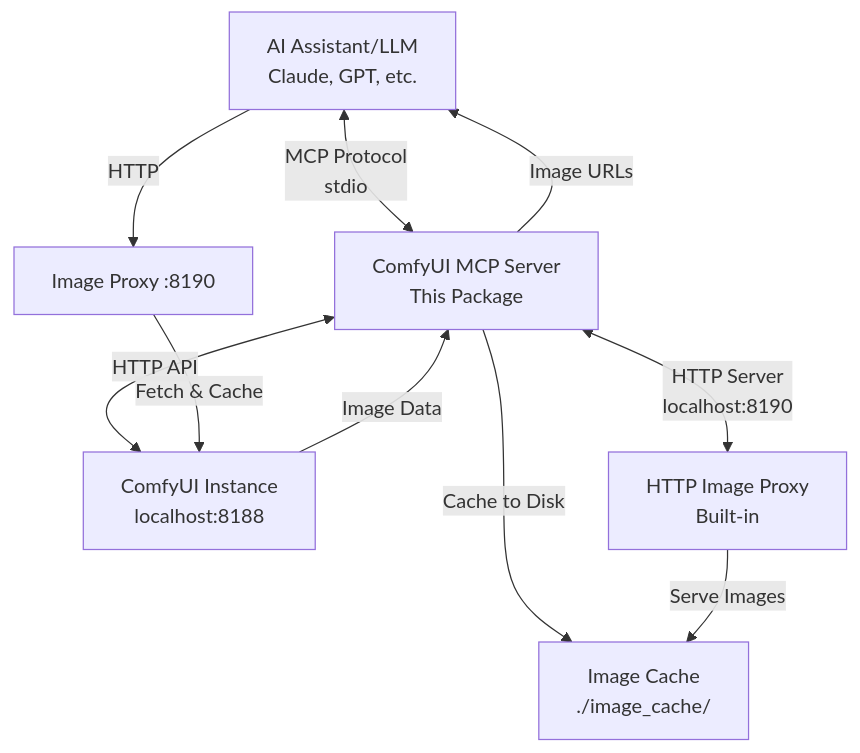
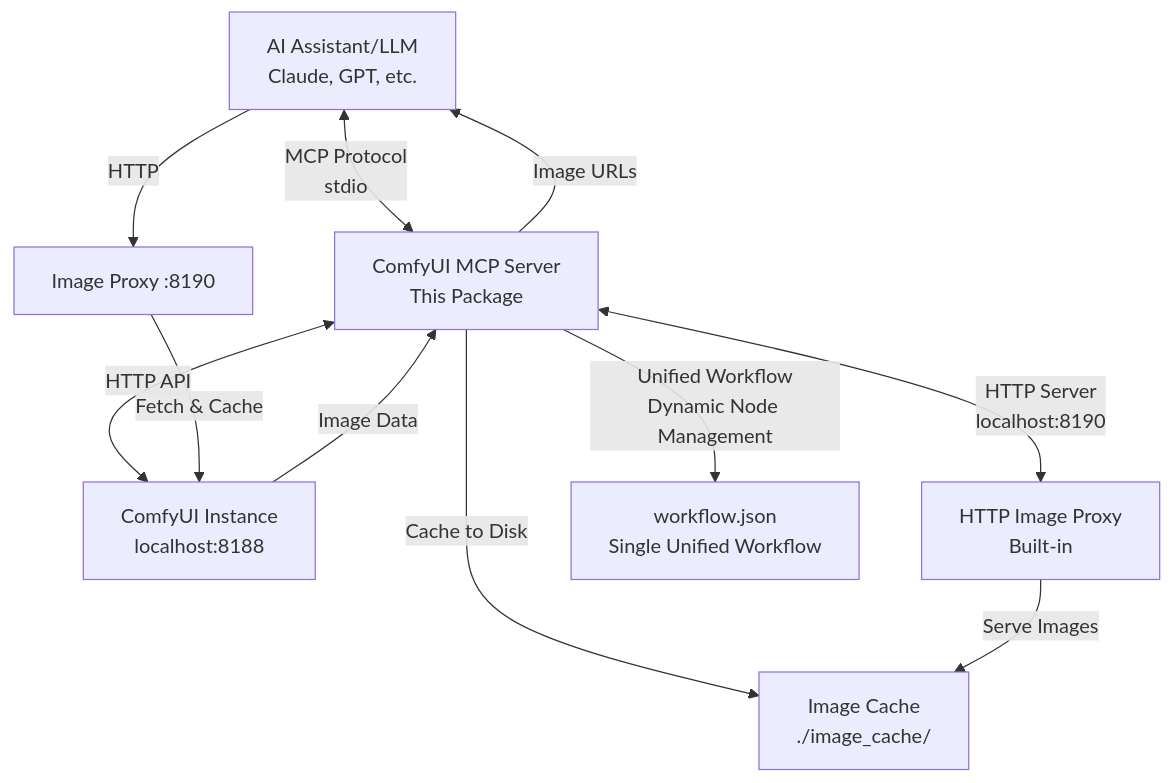
The diagram in README.md (alecc08/comfyui-mcp), drawn with Mermaid before and after one commit. The commit also changed other lines of this file and 1 other file, not shown here.

First line of the commit message:
Update documentation for unified tool (#5)

````diff
--- a/README.md
+++ b/README.md
@@ -29,12 +23,13 @@
 ```mermaid
 graph TB
     A[AI Assistant/LLM<br/>Claude, GPT, etc.] <-->|MCP Protocol<br/>stdio| B[ComfyUI MCP Server<br/>This Package]
     B <-->|HTTP API| C[ComfyUI Instance<br/>localhost:8188]
     C -->|Image Data| B
     B -->|Cache to Disk| E[Image Cache<br/>./image_cache/]
     B <-->|HTTP Server<br/>localhost:8190| F[HTTP Image Proxy<br/>Built-in]
     F -->|Serve Images| E
     B -->|Image URLs| A
     A -->|HTTP| D[Image Proxy :8190]
     D -->|Fetch & Cache| C
+    B -->|Unified Workflow<br/>Dynamic Node Management| G[workflow.json<br/>Single Unified Workflow]
 ```
````
